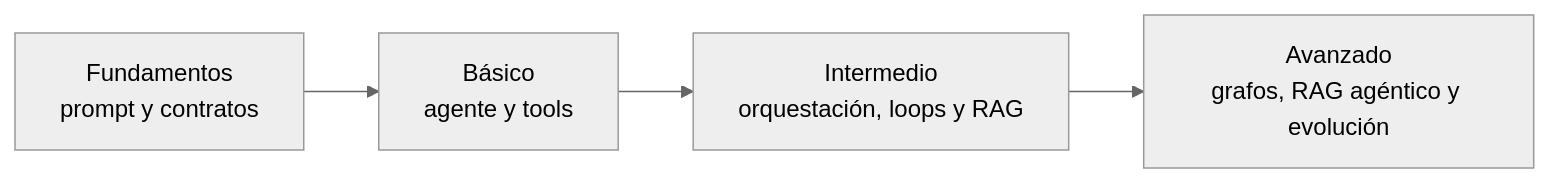
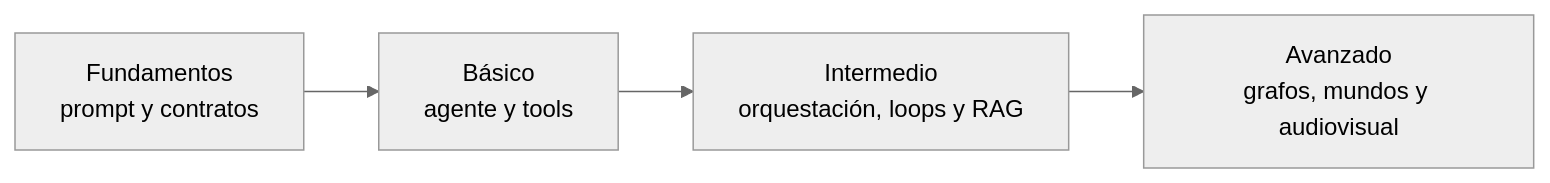
The first of 3 diagrams in docs/CASOS_DE_EVALUACION.md (Cristrva1/BL_Loops), drawn with Mermaid (neutral theme) before and after one commit. The commit also changed other lines of this file and 366 other files, not shown here.

````diff
--- a/docs/CASOS_DE_EVALUACION.md
+++ b/docs/CASOS_DE_EVALUACION.md
@@ -20,6 +20,6 @@
 ```mermaid
 flowchart LR
     F[Fundamentos\nprompt y contratos] --> B[Básico\nagente y tools]
     B --> I[Intermedio\norquestación, loops y RAG]
-    I --> A[Avanzado\ngrafos, RAG agéntico y evolución]
+    I --> A[Avanzado\ngrafos, mundos y audiovisual]
 ```
````
